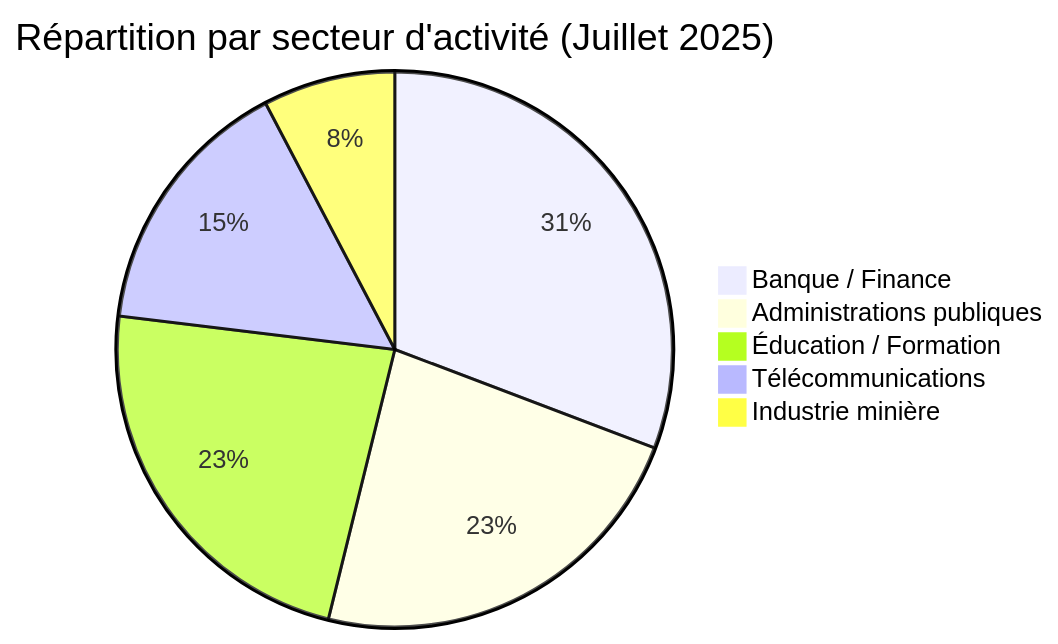
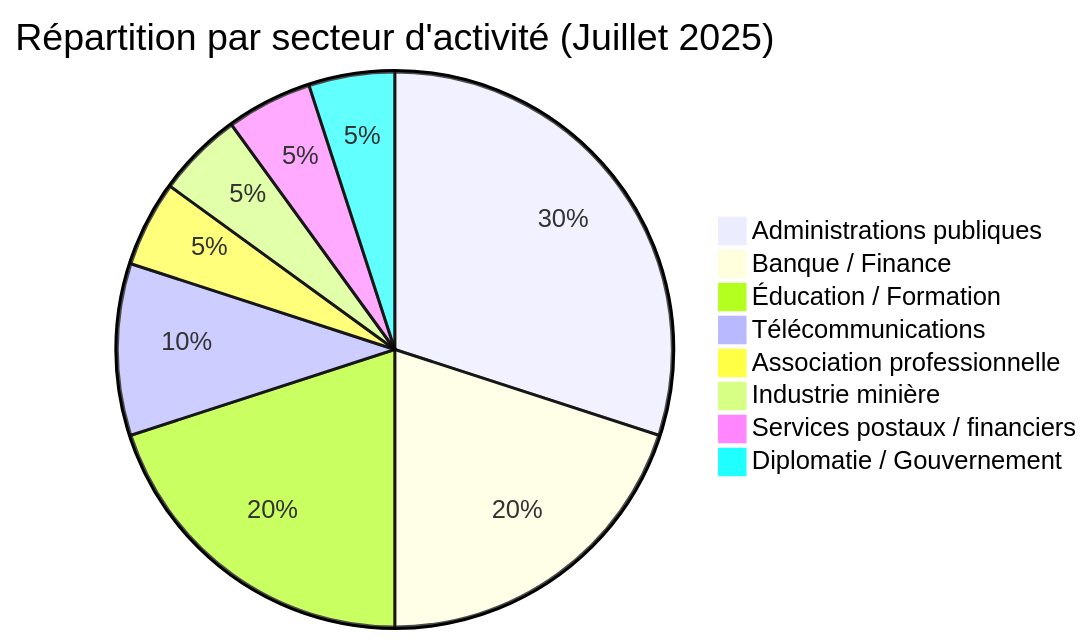
The second of 5 diagrams in CyberAttackAfrica/2025/07-july/README_FR.md (Hatchepsoute/AFRINTEL), drawn with Mermaid before and after one commit. The commit also changed other lines of this file and 255 other files, not shown here.

````diff
--- a/CyberAttackAfrica/2025/07-july/README_FR.md
+++ b/CyberAttackAfrica/2025/07-july/README_FR.md
@@ -58,8 +75,11 @@
 ```mermaid
 pie title Répartition par secteur d'activité (Juillet 2025)
+    "Administrations publiques" : 6
     "Banque / Finance" : 4
-    "Administrations publiques" : 3
-    "Éducation / Formation" : 3
+    "Éducation / Formation" : 4
     "Télécommunications" : 2
+    "Association professionnelle" : 1
     "Industrie minière" : 1
+    "Services postaux / financiers" : 1
+    "Diplomatie / Gouvernement" : 1
 ```
````
